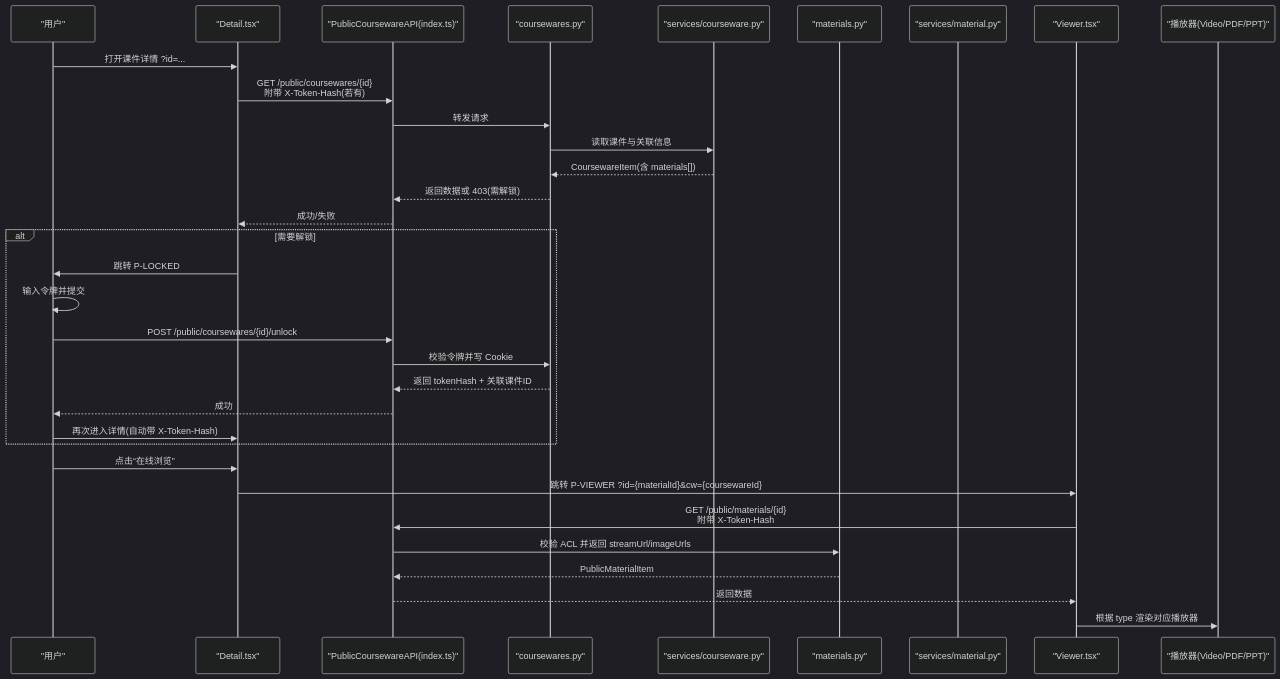
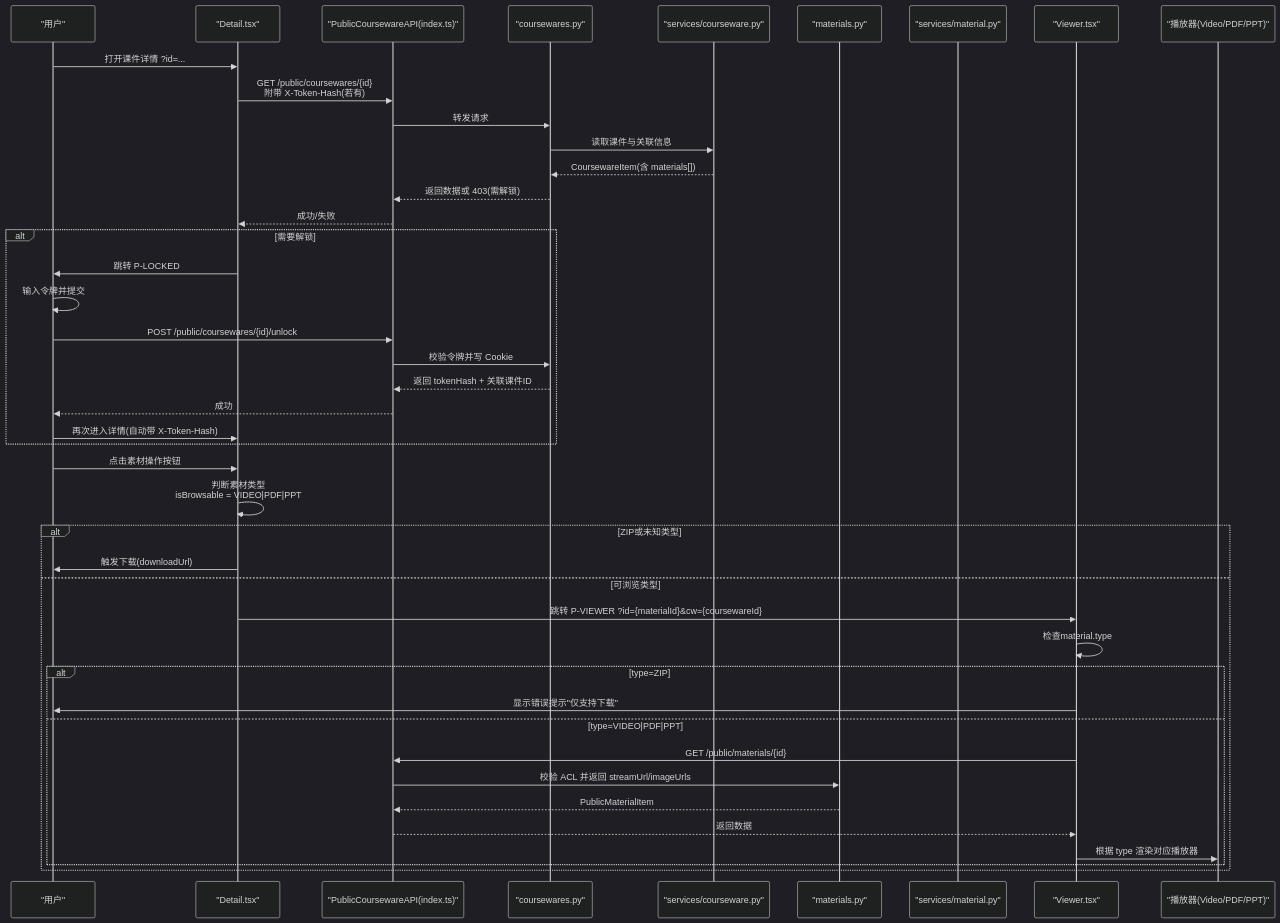
Before and after one commit to leo21cn/ai-learning-hub: the second of 6 diagrams in .qoder/repowiki/zh/content/前端开发指南/页面开发/前台页面开发/课件详情页面.md, drawn with Mermaid (dark theme). The commit also changed other lines of this file and 41 other files, not shown here.

````diff
--- a/.qoder/repowiki/zh/content/前端开发指南/页面开发/前台页面开发/课件详情页面.md
+++ b/.qoder/repowiki/zh/content/前端开发指南/页面开发/前台页面开发/课件详情页面.md
@@ -152,35 +167,45 @@
 ```mermaid
 sequenceDiagram
 participant U as "用户"
 participant D as "Detail.tsx"
 participant A as "PublicCoursewareAPI(index.ts)"
 participant CA as "coursewares.py"
 participant CS as "services/courseware.py"
 participant MA as "materials.py"
 participant MS as "services/material.py"
 participant V as "Viewer.tsx"
 participant P as "播放器(Video/PDF/PPT)"
 U->>D : 打开课件详情 ?id=...
 D->>A : GET /public/coursewares/{id}<br/>附带 X-Token-Hash(若有)
 A->>CA : 转发请求
 CA->>CS : 读取课件与关联信息
 CS-->>CA : CoursewareItem(含 materials[])
 CA-->>A : 返回数据或 403(需解锁)
 A-->>D : 成功/失败
 alt 需要解锁
 D->>U : 跳转 P-LOCKED
 U->>U : 输入令牌并提交
 U->>A : POST /public/coursewares/{id}/unlock
 A->>CA : 校验令牌并写 Cookie
 CA-->>A : 返回 tokenHash + 关联课件ID
 A-->>U : 成功
 U->>D : 再次进入详情(自动带 X-Token-Hash)
 end
-U->>D : 点击“在线浏览”
+U->>D : 点击素材操作按钮
+D->>D : 判断素材类型<br/>isBrowsable = VIDEO|PDF|PPT
+alt ZIP或未知类型
+D->>U : 触发下载(downloadUrl)
+else 可浏览类型
 D->>V : 跳转 P-VIEWER ?id={materialId}&cw={coursewareId}
-V->>A : GET /public/materials/{id}<br/>附带 X-Token-Hash
+V->>V : 检查material.type
+alt type=ZIP
+V->>U : 显示错误提示"仅支持下载"
+else type=VIDEO|PDF|PPT
+V->>A : GET /public/materials/{id}
 A->>MA : 校验 ACL 并返回 streamUrl/imageUrls
 MA-->>A : PublicMaterialItem
 A-->>V : 返回数据
 V->>P : 根据 type 渲染对应播放器
+end
+end
 ```
````
